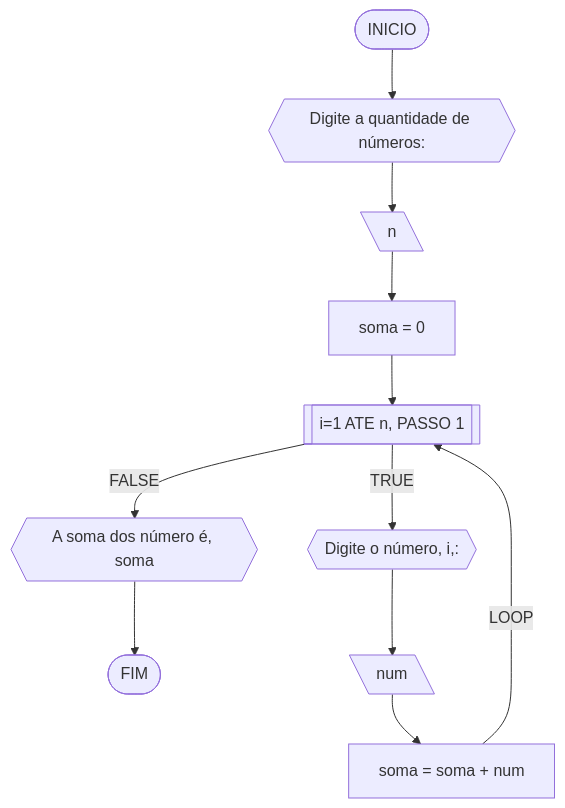
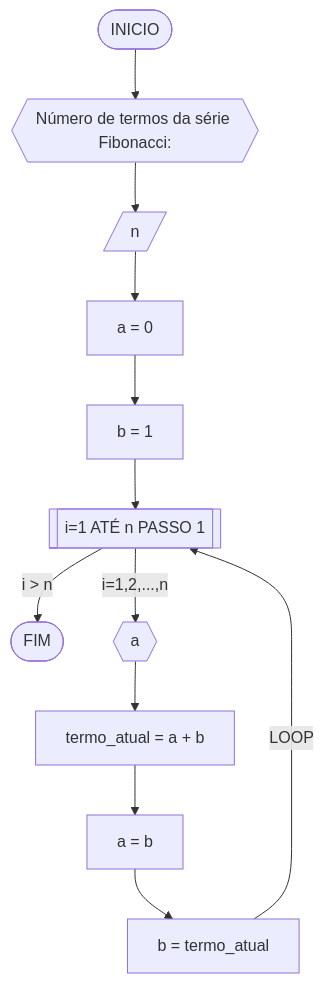
Before and after one commit to lucastudart/unifor: the seventh of 8 diagrams in RLA/AD1.MD, drawn with Mermaid. The commit also changed other lines of this file, not shown here.

````diff
--- a/RLA/AD1.MD
+++ b/RLA/AD1.MD
@@ -284,13 +471,14 @@
 ```mermaid
 flowchart TD
-A([INICIO]) --> B{{"Digite a quantidade de números:"}}
-B --> C[\n\]
-C --> D[soma = 0]
-D --> E[[i=1 ATE n, PASSO 1]]
-E --FALSE--> F{{A soma dos número é, soma}}
-F --> L([FIM])
-E --TRUE--> G{{Digite o número, i,:}}
-G --> H[\num\]
-H --> I[soma = soma + num]
-I --LOOP--> E
+A([INICIO]) --> B{{"Número de termos da série Fibonacci:"}}
+B --> C[/n/]
+C --> D[a = 0]
+D --> E[b = 1]
+E --> F[[i=1 ATÉ n PASSO 1]]
+F --"i > n"--> K([FIM])
+F --"i=1,2,...,n"--> G{{a}}
+G --> H[termo_atual = a + b]
+H --> I[a = b]
+I --> J[b = termo_atual]
+J --LOOP--> F 
 ```
````
